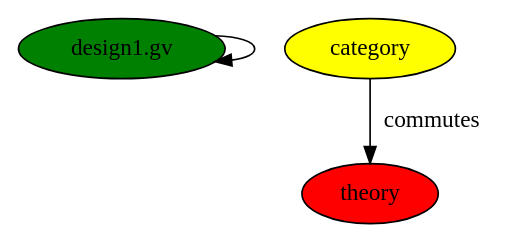
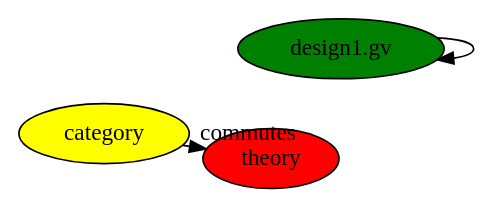
One commit to bigos/Pyrulis changed the diagram in Graphviz/design1.gv. Above: the diagram before and after it, drawn with Graphviz.

Commit message:
example of using layout neato with overlap

```diff
--- a/Graphviz/design1.gv
+++ b/Graphviz/design1.gv
@@ -1,8 +1,12 @@
 digraph {
+
+layout=neato;
+overlap=prism;
+
     design1_gv [label="design1.gv",style=filled,fillcolor=green]
     design1_gv -> design1_gv
 
     category -> theory [label=commutes]
     category [style=filled,fillcolor=yellow]
     theory [style=filled,fillcolor=red]
 }
```
